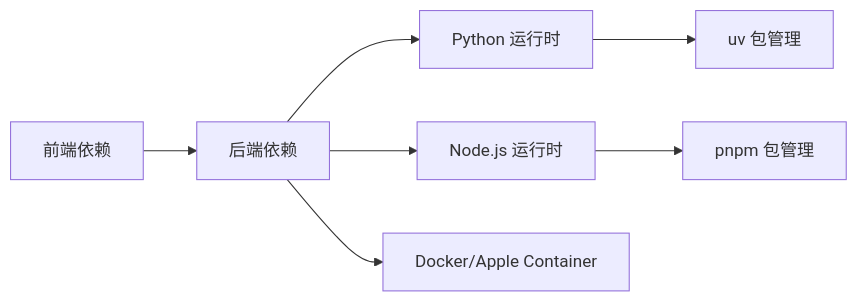
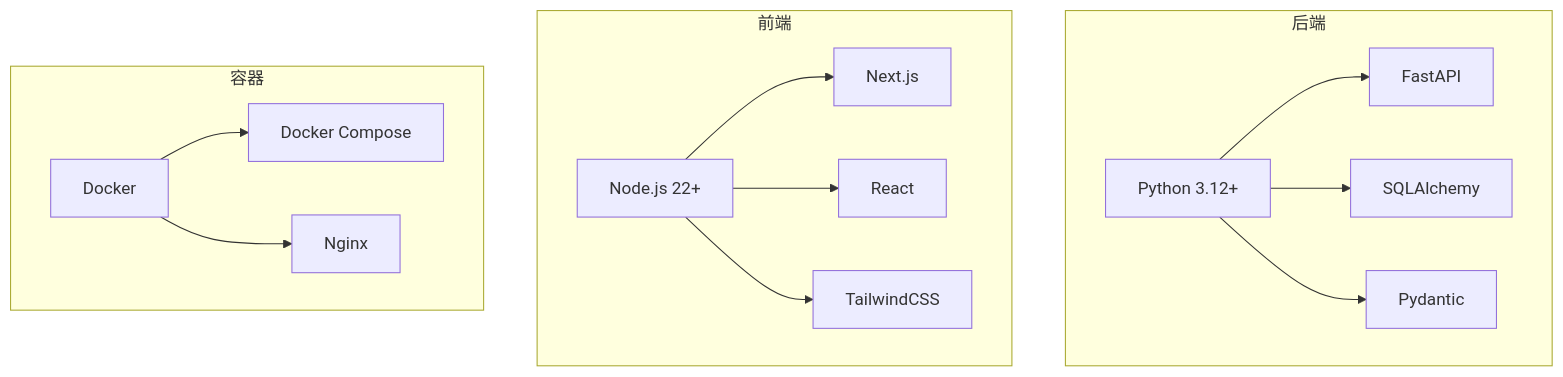
The sixth of 6 diagrams in .qoder/repowiki/zh/content/快速开始.md (OldBoy405/deerflow-custom), drawn with Mermaid before and after one commit. The commit also changed other lines of this file and 786 other files, not shown here.

````diff
--- a/.qoder/repowiki/zh/content/快速开始.md
+++ b/.qoder/repowiki/zh/content/快速开始.md
@@ -250,9 +276,28 @@
 ```mermaid
-graph LR
-FE["前端依赖"] --> BE["后端依赖"]
-BE --> PY["Python 运行时"]
-BE --> NODE["Node.js 运行时"]
-BE --> DOCK["Docker/Apple Container"]
-PY --> UV["uv 包管理"]
-NODE --> PNPM["pnpm 包管理"]
+graph TB
+subgraph "后端"
+PY["Python 3.12+"]
+FASTAPI["FastAPI"]
+SQL["SQLAlchemy"]
+PYD["Pydantic"]
+end
+subgraph "前端"
+NODE["Node.js 22+"]
+NEXT["Next.js"]
+REACT["React"]
+TWCSS["TailwindCSS"]
+end
+subgraph "容器"
+DOCK["Docker"]
+COMPOSE["Docker Compose"]
+NGINX["Nginx"]
+end
+PY --> FASTAPI
+PY --> SQL
+PY --> PYD
+NODE --> NEXT
+NODE --> REACT
+NODE --> TWCSS
+DOCK --> COMPOSE
+DOCK --> NGINX
 ```
````
